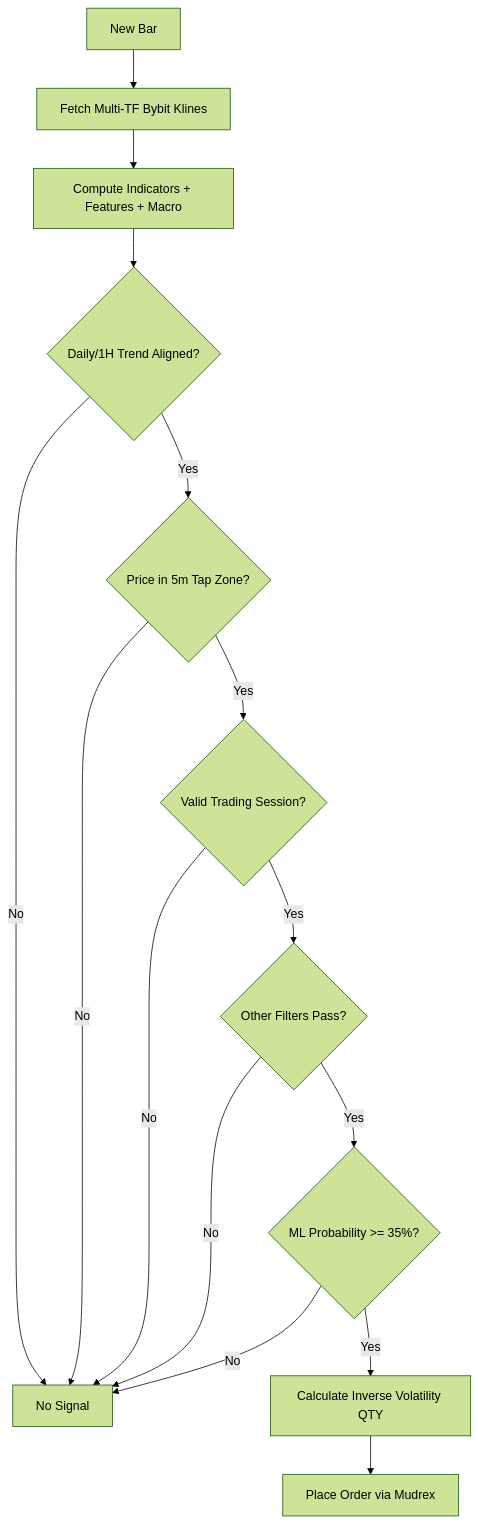
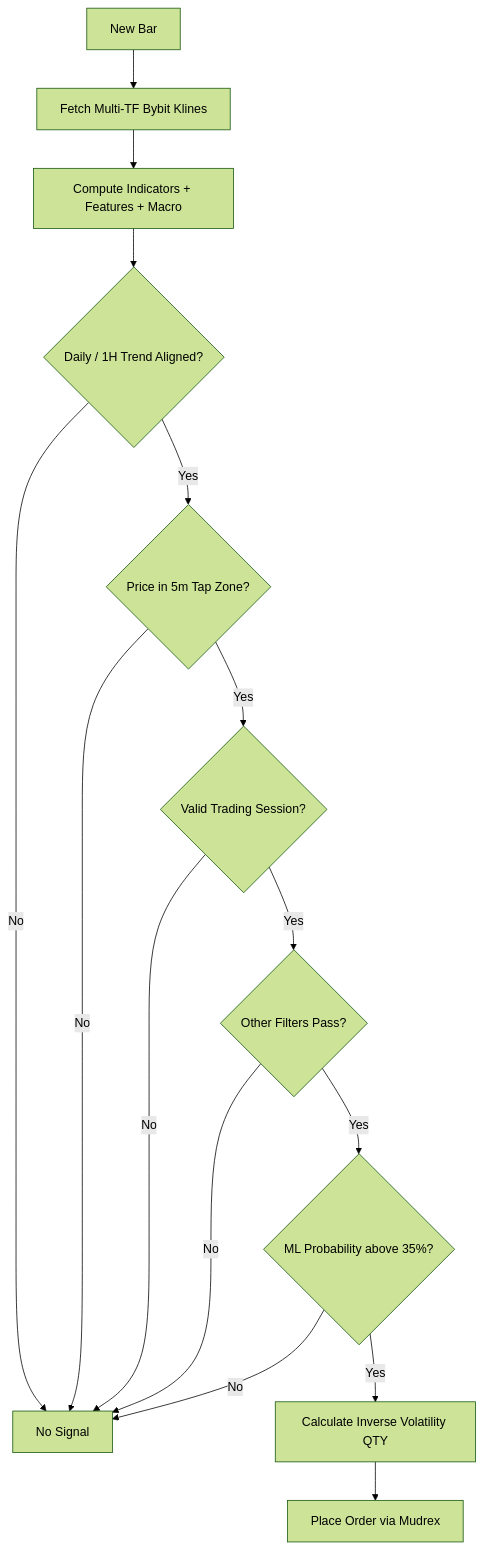
The third of 4 diagrams in README.md (DecentralizedJM/XAUT-EMA-Pullback-Strategy), drawn with Mermaid (forest theme) before and after one commit. The commit also changed other lines of this file, not shown here.

Commit message:
docs: Fix Mermaid diagrams and remove emojis for professional formatting

````diff
--- a/README.md
+++ b/README.md
@@ -104,23 +103,23 @@
 ```mermaid
 flowchart TD
-    Start[New Bar] --> FetchOHLCV[Fetch Multi-TF Bybit Klines]
-    FetchOHLCV --> ComputeIndicators[Compute Indicators + Features + Macro]
+    Start["New Bar"] --> FetchOHLCV["Fetch Multi-TF Bybit Klines"]
+    FetchOHLCV --> ComputeIndicators["Compute Indicators + Features + Macro"]
 
-    ComputeIndicators --> MacroCheck{Daily/1H Trend Aligned?}
-    MacroCheck -->|Yes| PullbackCheck{Price in 5m Tap Zone?}
-    MacroCheck -->|No| NoSignal[No Signal]
+    ComputeIndicators --> MacroCheck{"Daily / 1H Trend Aligned?"}
+    MacroCheck --> |"Yes"| PullbackCheck{"Price in 5m Tap Zone?"}
+    MacroCheck --> |"No"| NoSignal["No Signal"]
 
-    PullbackCheck -->|Yes| SessionCheck{Valid Trading Session?}
-    PullbackCheck -->|No| NoSignal
+    PullbackCheck --> |"Yes"| SessionCheck{"Valid Trading Session?"}
+    PullbackCheck --> |"No"| NoSignal
 
-    SessionCheck -->|Yes| FilterStack{Other Filters Pass?}
-    SessionCheck -->|No| NoSignal
+    SessionCheck --> |"Yes"| FilterStack{"Other Filters Pass?"}
+    SessionCheck --> |"No"| NoSignal
 
-    FilterStack -->|Yes| MLGate{ML Probability >= 35%?}
-    FilterStack -->|No| NoSignal
+    FilterStack --> |"Yes"| MLGate{"ML Probability above 35%?"}
+    FilterStack --> |"No"| NoSignal
 
-    MLGate -->|Yes| PositionSizing[Calculate Inverse Volatility QTY]
-    MLGate -->|No| NoSignal
+    MLGate --> |"Yes"| PositionSizing["Calculate Inverse Volatility QTY"]
+    MLGate --> |"No"| NoSignal
 
-    PositionSizing --> PlaceOrder[Place Order via Mudrex]
+    PositionSizing --> PlaceOrder["Place Order via Mudrex"]
 ```
````
